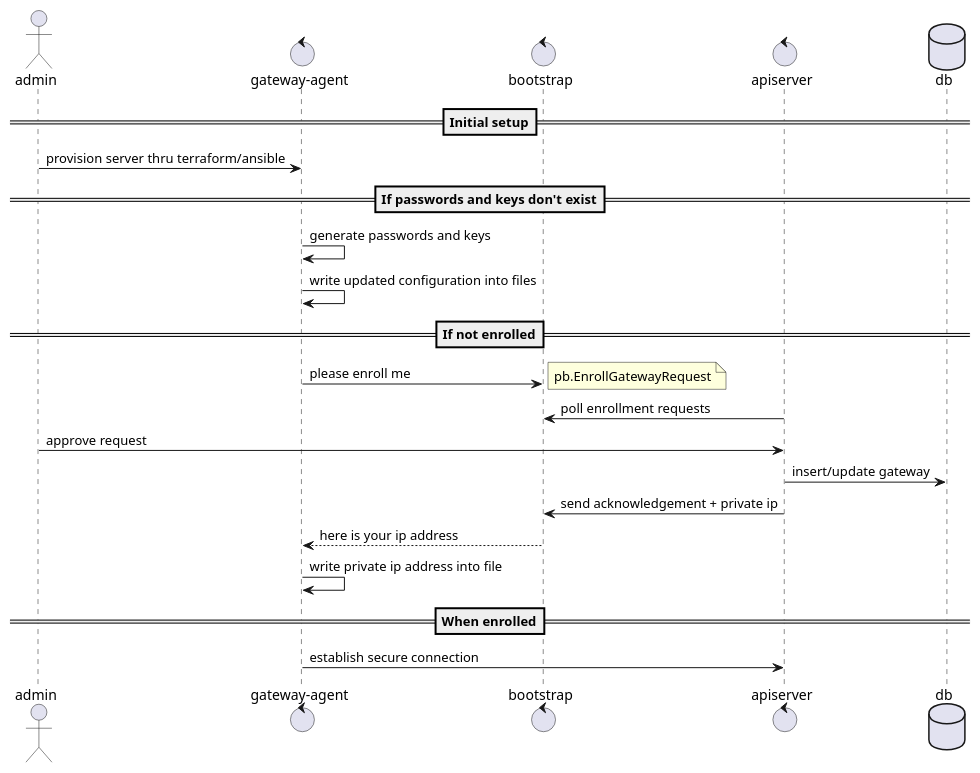
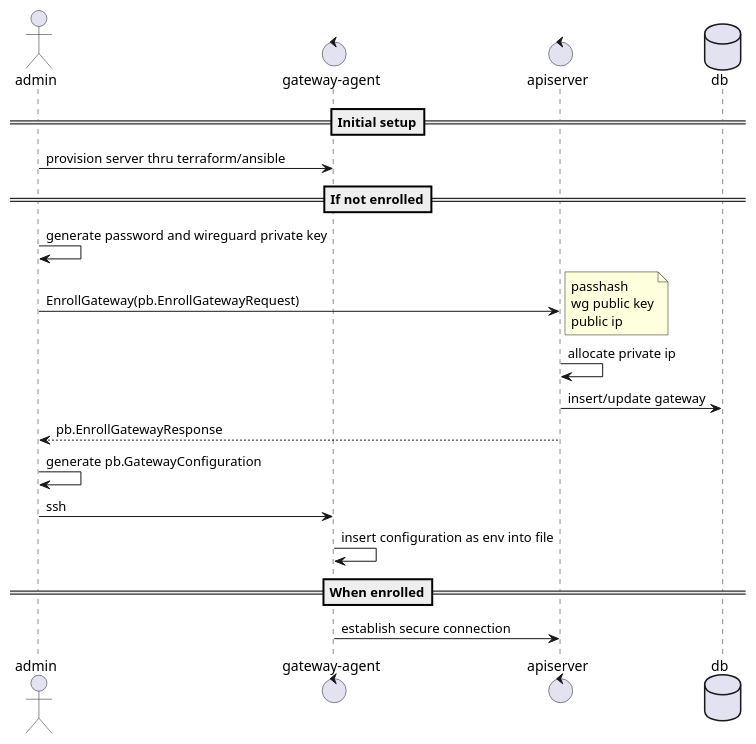
Before and after one commit to nais/device: the diagram in doc/gateway-agent-enroll.puml, drawn with PlantUML. The commit also changed 12 other files, not shown here.

Commit message:
implement new gateway enrollment flow

```diff
--- a/doc/gateway-agent-enroll.puml
+++ b/doc/gateway-agent-enroll.puml
@@ -1,28 +1,24 @@
 @startuml
 actor admin
 control ga as "gateway-agent"
-control bootstrap
 control apiserver
 database db
 
 ==Initial setup==
 admin -> ga: provision server thru terraform/ansible
 
-==If passwords and keys don't exist==
-ga -> ga: generate passwords and keys
-ga -> ga: write updated configuration into files
-
 ==If not enrolled==
-ga -> bootstrap: please enroll me
-note right: pb.EnrollGatewayRequest
-apiserver -> bootstrap: poll enrollment requests
-admin -> apiserver: approve request
+admin -> admin: generate password and wireguard private key
+admin -> apiserver: EnrollGateway(pb.EnrollGatewayRequest)
+note right: passhash\nwg public key\npublic ip
+apiserver -> apiserver: allocate private ip
 apiserver -> db: insert/update gateway
-apiserver -> bootstrap: send acknowledgement + private ip
-bootstrap --> ga: here is your ip address
-ga -> ga: write private ip address into file
+apiserver --> admin: pb.EnrollGatewayResponse
+admin -> admin: generate pb.GatewayConfiguration
+admin -> ga: ssh
+ga -> ga: insert configuration as env into file
 
 ==When enrolled==
 ga -> apiserver: establish secure connection
 
 @enduml
```
